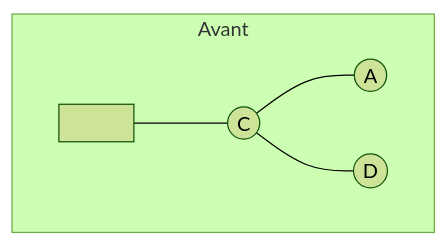
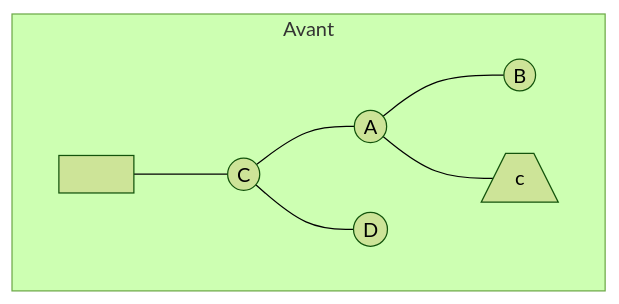
The fourth of 4 diagrams in cours/black-red-trees.md (Kechidi/TP1), drawn with Mermaid (forest theme) before and after one commit.

Commit message:
Debug fig

````diff
--- a/cours/black-red-trees.md
+++ b/cours/black-red-trees.md
@@ -219,6 +219,7 @@
 ```mermaid
 flowchart TD
   subgraph 0[Avant]
     R1[" "] --- C1((C)) --- A1((A)) & D1((D))
+    A1 --- B1(("B")) & c1[/c\]
   end
 ```
````
